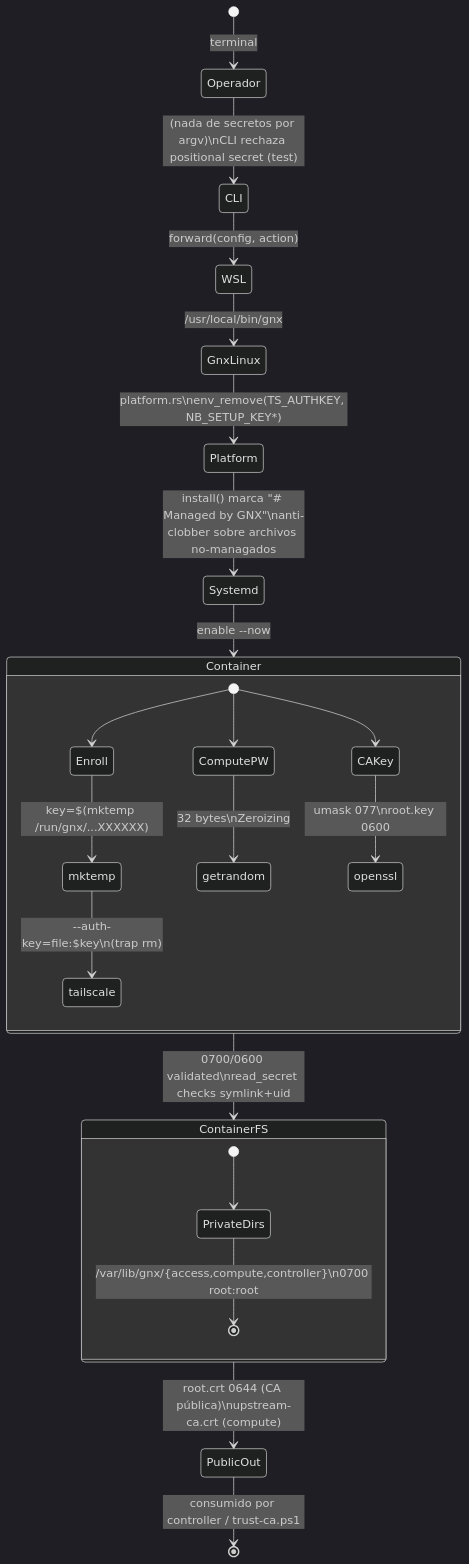
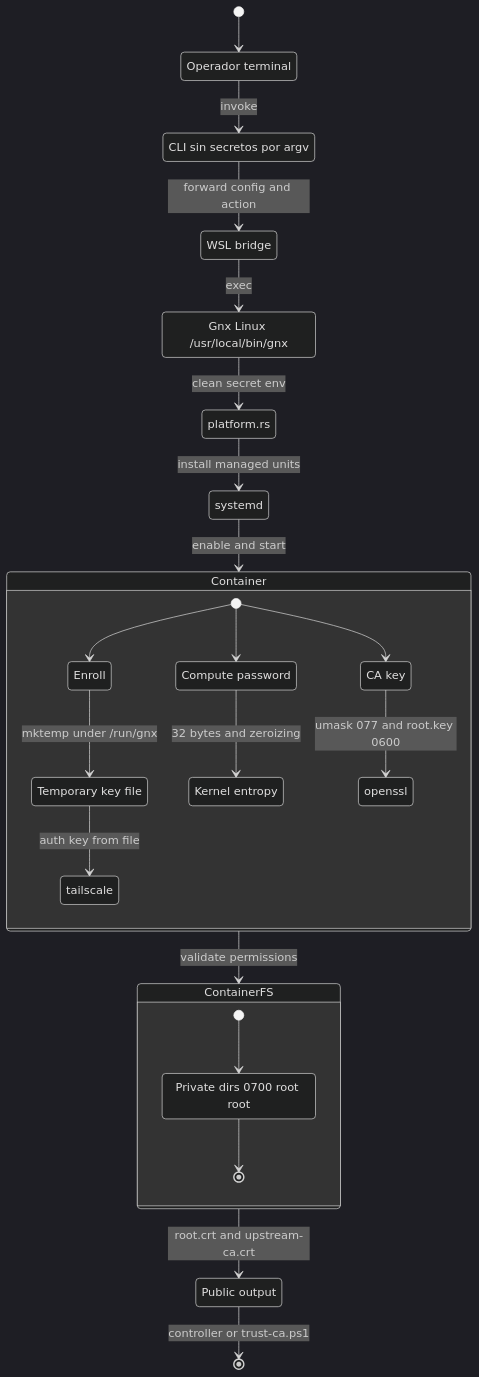
Before and after one commit to mayas-alas/quetzalcoatl: the fifth of 6 diagrams in docs/arquitectura.md, drawn with Mermaid (dark theme). The commit also changed other lines of this file, not shown here.

````diff
--- a/docs/arquitectura.md
+++ b/docs/arquitectura.md
@@ -169,26 +171,47 @@
 ```mermaid
 stateDiagram-v2
-    [*] --> Operador: terminal
-    Operador --> CLI: (nada de secretos por argv)\nCLI rechaza positional secret (test)
-    CLI --> WSL: forward(config, action)
-    WSL --> GnxLinux: /usr/local/bin/gnx
-    GnxLinux --> Platform: platform.rs\nenv_remove(TS_AUTHKEY, NB_SETUP_KEY*)
-    Platform --> Systemd: install() marca "# Managed by GNX"\nanti-clobber sobre archivos no-managados
-    Systemd --> Container: enable --now
+    state "Operador terminal" as Operador
+    state "CLI sin secretos por argv" as CLI
+    state "WSL bridge" as WSL
+    state "Gnx Linux /usr/local/bin/gnx" as GnxLinux
+    state "platform.rs" as Platform
+    state "systemd" as Systemd
+    state "Public output" as PublicOut
+
+    [*] --> Operador
+    Operador --> CLI: invoke
+    CLI --> WSL: forward config and action
+    WSL --> GnxLinux: exec
+    GnxLinux --> Platform: clean secret env
+    Platform --> Systemd: install managed units
+    Systemd --> Container: enable and start
+
     state Container {
-    [*] --> Enroll
-    Enroll --> mktemp: key=$(mktemp /run/gnx/...XXXXXX)
-    mktemp --> tailscale: --auth-key=file:$key\n(trap rm)
-    [*] --> ComputePW
-    ComputePW --> getrandom: 32 bytes\nZeroizing
-    [*] --> CAKey
-    CAKey --> openssl: umask 077\nroot.key 0600
+        state "Enroll" as Enroll
+        state "Temporary key file" as KeyFile
+        state "tailscale" as Tailscale
+        state "Compute password" as ComputePW
+        state "Kernel entropy" as GetRandom
+        state "CA key" as CAKey
+        state "openssl" as OpenSSL
+
+        [*] --> Enroll
+        Enroll --> KeyFile: mktemp under /run/gnx
+        KeyFile --> Tailscale: auth key from file
+        [*] --> ComputePW
+        ComputePW --> GetRandom: 32 bytes and zeroizing
+        [*] --> CAKey
+        CAKey --> OpenSSL: umask 077 and root.key 0600
     }
-    Container --> ContainerFS: 0700/0600 validated\nread_secret checks symlink+uid
+
+    Container --> ContainerFS: validate permissions
+
     state ContainerFS {
-    [*] --> PrivateDirs
-    PrivateDirs --> [*]: /var/lib/gnx/{access,compute,controller}\n0700 root:root
+        state "Private dirs 0700 root root" as PrivateDirs
+        [*] --> PrivateDirs
+        PrivateDirs --> [*]
     }
-    ContainerFS --> PublicOut: root.crt 0644 (CA pública)\nupstream-ca.crt (compute)
-    PublicOut --> [*]: consumido por controller / trust-ca.ps1
+
+    ContainerFS --> PublicOut: root.crt and upstream-ca.crt
+    PublicOut --> [*]: controller or trust-ca.ps1
 ```
````
